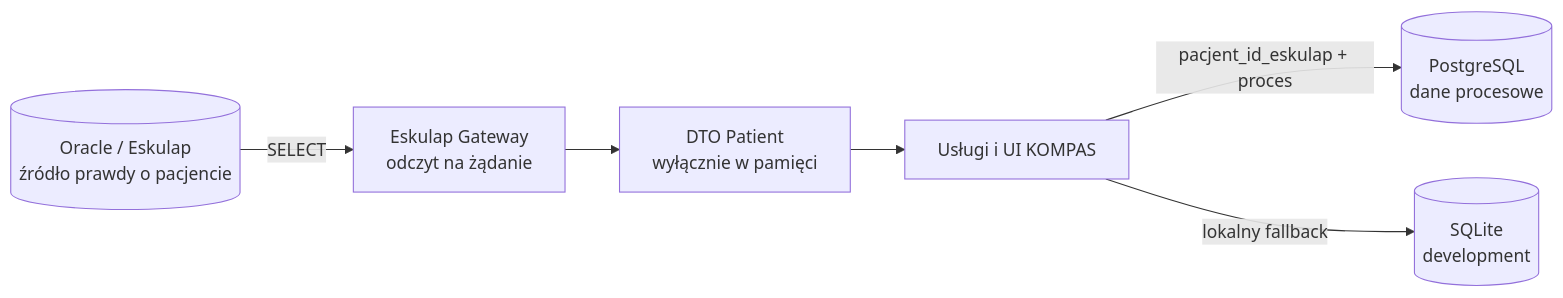
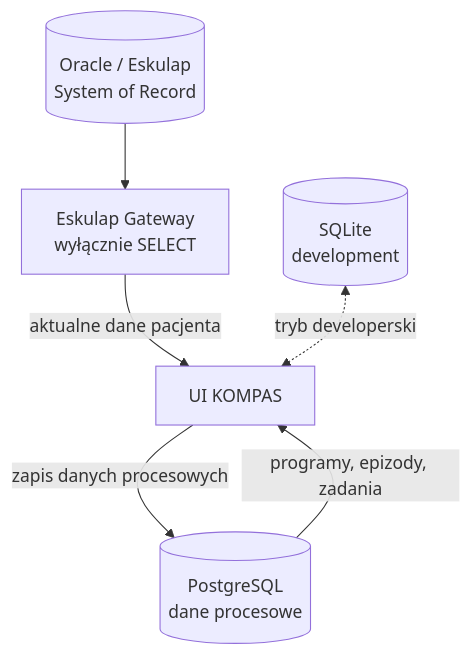
The diagram in docs/DATABASE_ARCHITECTURE.md (psychlodz/panel-koordynatora), drawn with Mermaid before and after one commit. The commit also changed other lines of this file and 16 other files, not shown here.

Commit message:
DB-PG-2 — Wspólna warstwa bazy danych KOMPAS (SQLite/PostgreSQL)

````diff
--- a/docs/DATABASE_ARCHITECTURE.md
+++ b/docs/DATABASE_ARCHITECTURE.md
@@ -45,15 +45,14 @@
 ```mermaid
-flowchart LR
-    O[("Oracle / Eskulap\nźródło prawdy o pacjencie")]
-    G["Eskulap Gateway\nodczyt na żądanie"]
-    D["DTO Patient\nwyłącznie w pamięci"]
-    A["Usługi i UI KOMPAS"]
+flowchart TB
+    O[("Oracle / Eskulap\nSystem of Record")]
+    G["Eskulap Gateway\nwyłącznie SELECT"]
+    UI["UI KOMPAS"]
     P[("PostgreSQL\ndane procesowe")]
     S[("SQLite\ndevelopment")]
 
-    O -->|SELECT| G
-    G --> D
-    D --> A
-    A -->|pacjent_id_eskulap + proces| P
-    A -->|lokalny fallback| S
+    O --> G
+    G -->|"aktualne dane pacjenta"| UI
+    P -->|"programy, epizody, zadania"| UI
+    UI -->|"zapis danych procesowych"| P
+    S <-.->|"tryb developerski"| UI
 ```
````
